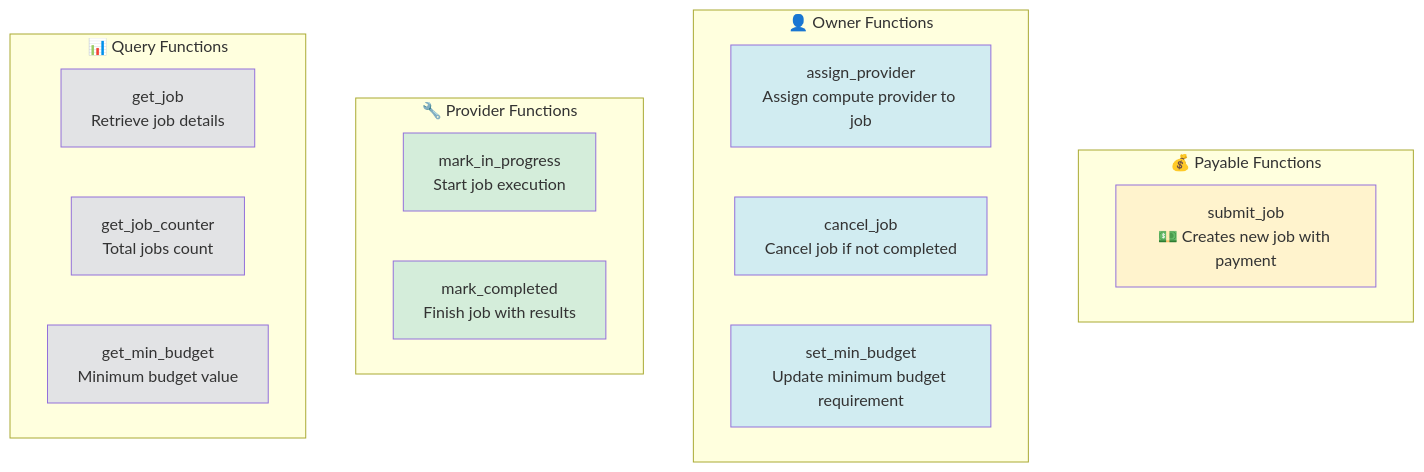
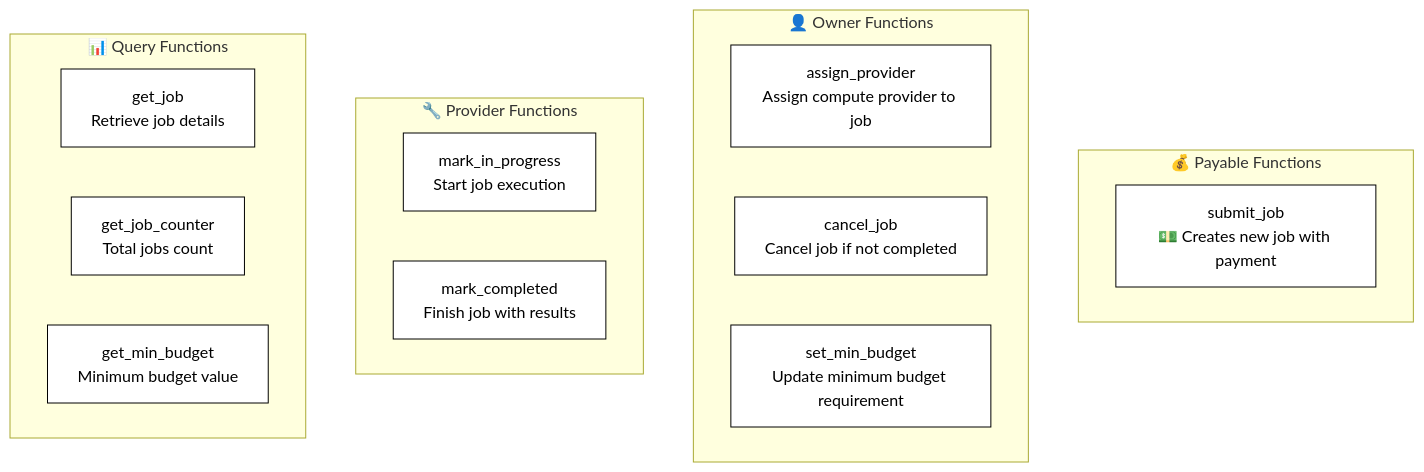
The second of 12 diagrams in ai_job_queue/README.md (PolkaMesh/PolkaMesh-Contracts), drawn with Mermaid before and after one commit. The commit also changed other lines of this file and 4 other files, not shown here.

````diff
--- a/ai_job_queue/README.md
+++ b/ai_job_queue/README.md
@@ -23,33 +23,33 @@
 ```mermaid
 graph TB
     subgraph "💰 Payable Functions"
         A1[submit_job<br/>💵 Creates new job with payment]
     end
 
     subgraph "👤 Owner Functions"
         B1[assign_provider<br/>Assign compute provider to job]
         B2[cancel_job<br/>Cancel job if not completed]
         B3[set_min_budget<br/>Update minimum budget requirement]
     end
 
     subgraph "🔧 Provider Functions"
         C1[mark_in_progress<br/>Start job execution]
         C2[mark_completed<br/>Finish job with results]
     end
 
     subgraph "📊 Query Functions"
         D1[get_job<br/>Retrieve job details]
         D2[get_job_counter<br/>Total jobs count]
         D3[get_min_budget<br/>Minimum budget value]
     end
 
-    style A1 fill:#fff3cd
-    style B1 fill:#d1ecf1
-    style B2 fill:#d1ecf1
-    style B3 fill:#d1ecf1
-    style C1 fill:#d4edda
-    style C2 fill:#d4edda
-    style D1 fill:#e2e3e5
-    style D2 fill:#e2e3e5
-    style D3 fill:#e2e3e5
+    style A1 fill:#ffffff,stroke:#000000,color:#000000
+    style B1 fill:#ffffff,stroke:#000000,color:#000000
+    style B2 fill:#ffffff,stroke:#000000,color:#000000
+    style B3 fill:#ffffff,stroke:#000000,color:#000000
+    style C1 fill:#ffffff,stroke:#000000,color:#000000
+    style C2 fill:#ffffff,stroke:#000000,color:#000000
+    style D1 fill:#ffffff,stroke:#000000,color:#000000
+    style D2 fill:#ffffff,stroke:#000000,color:#000000
+    style D3 fill:#ffffff,stroke:#000000,color:#000000
 ```
````
